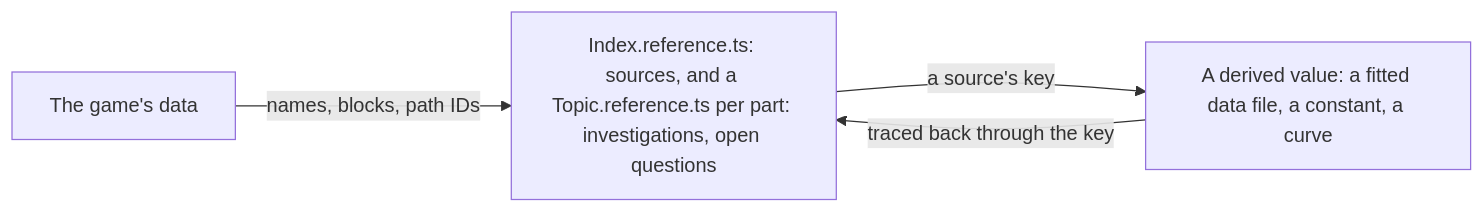
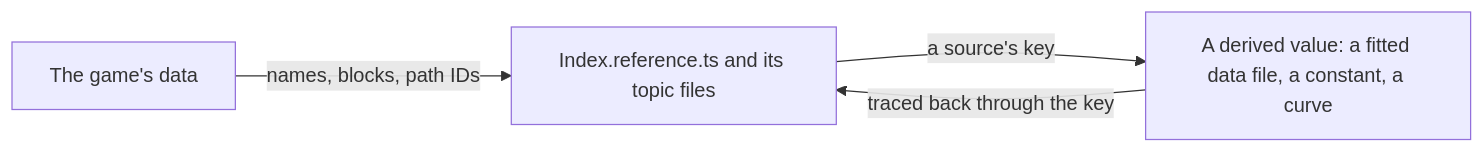
Before and after one commit to Esposter/Esposter: the second of 2 diagrams in apps/web/content/docs/genshin/game-data-formats.md, drawn with Mermaid. The commit also changed other lines of this file and 32 other files, not shown here.

First line of the commit message:
feat(genshin): the login door assembles from the thirteen pieces its mesh's bones carry, each rising along the game's lift

````diff
--- a/apps/web/content/docs/genshin/game-data-formats.md
+++ b/apps/web/content/docs/genshin/game-data-formats.md
@@ -80,6 +81,6 @@
 ```mermaid
 flowchart LR
-  G[The game's data] -->|"names, blocks, path IDs"| R["Index.reference.ts: sources, and a Topic.reference.ts per part: investigations, open questions"]
+  G[The game's data] -->|"names, blocks, path IDs"| R["Index.reference.ts and its topic files"]
   R -->|"a source's key"| D[A derived value: a fitted data file, a constant, a curve]
   D -->|"traced back through the key"| R
 ```
````
